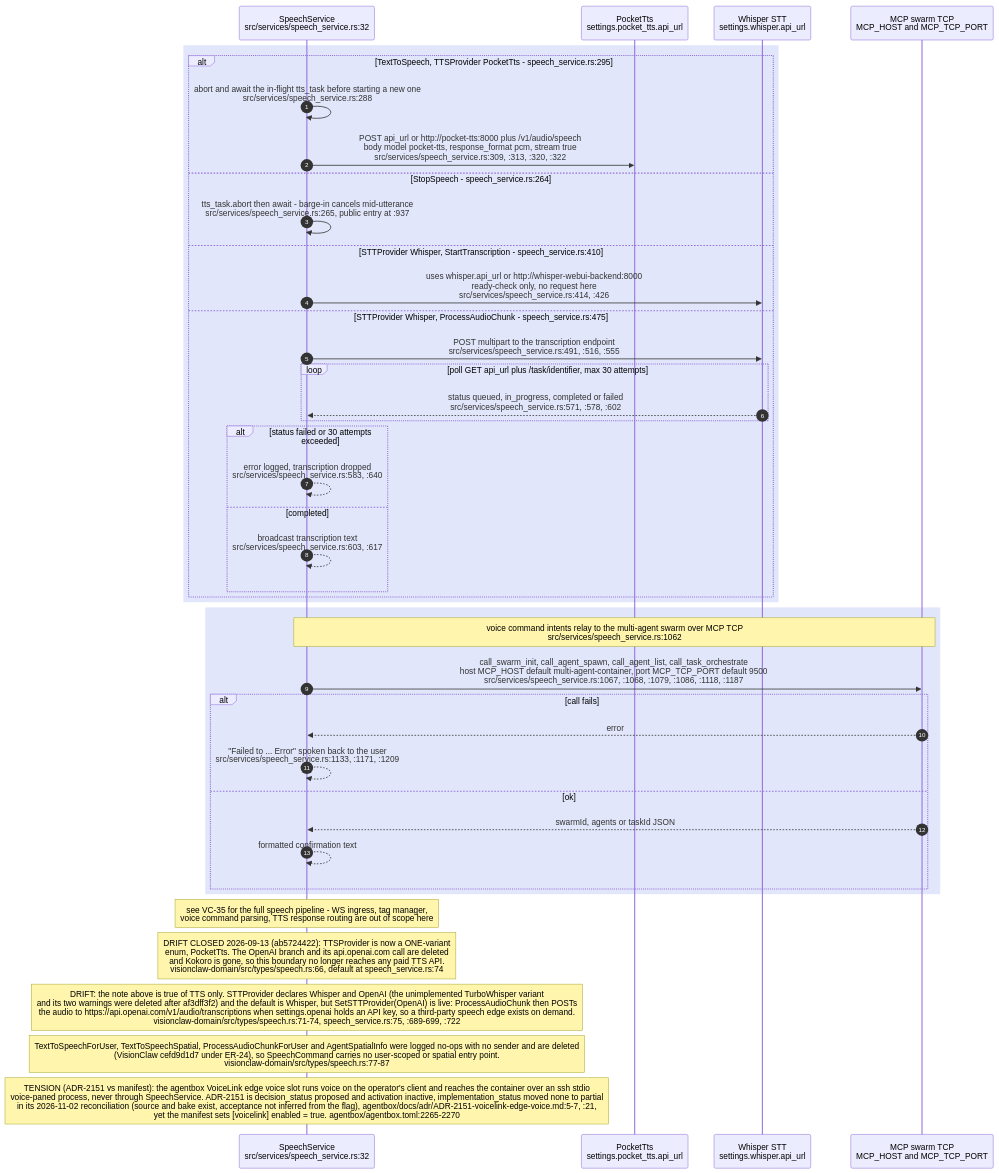
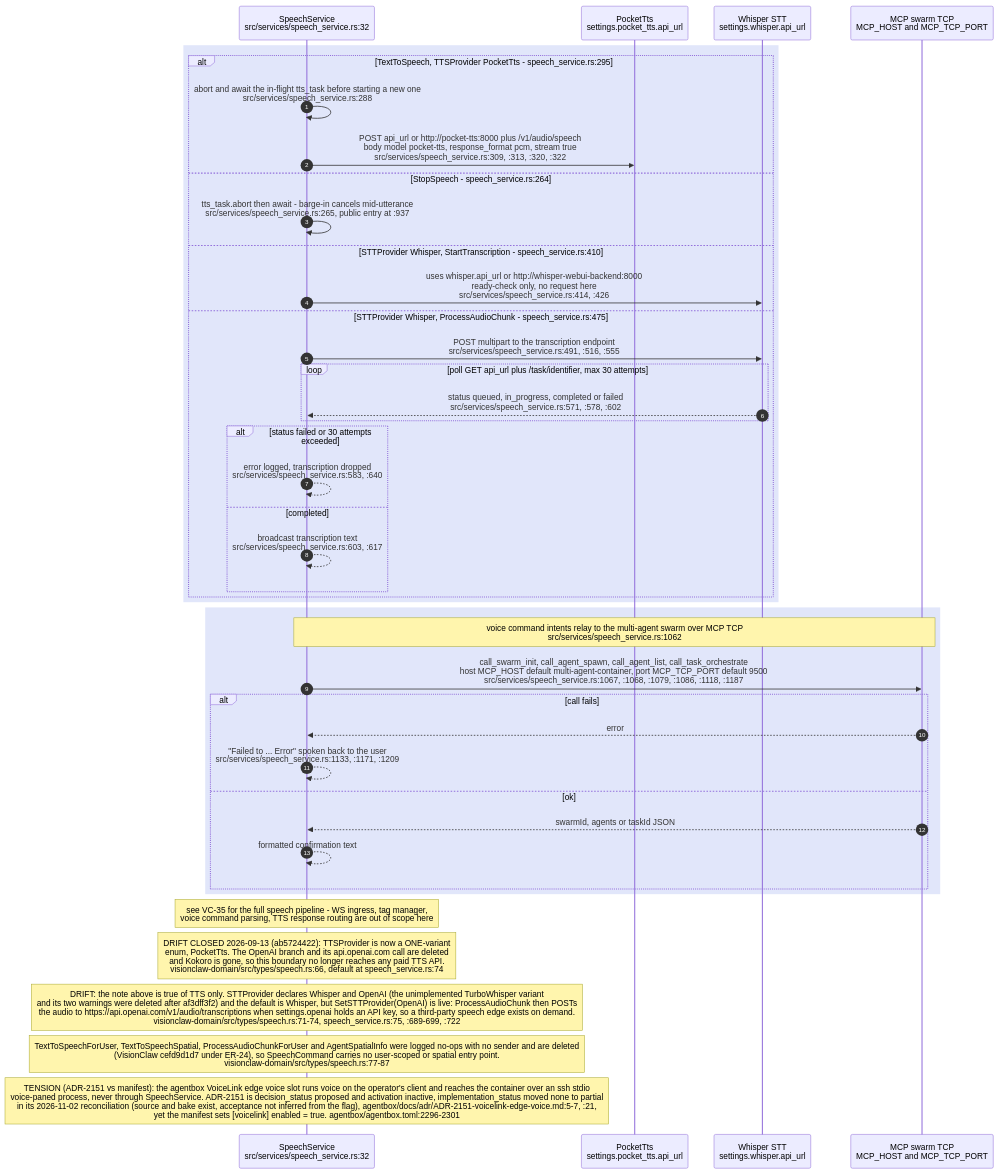
Before and after one commit to DreamLab-AI/VisionFlow: the seventh of 8 diagrams in docs/diagrams/visionclaw/28-external-services.md, drawn with Mermaid. The commit also changed other lines of this file and 17 other files, not shown here.

````diff
--- a/docs/diagrams/visionclaw/28-external-services.md
+++ b/docs/diagrams/visionclaw/28-external-services.md
@@ -347,47 +347,47 @@
 ```mermaid
 sequenceDiagram
     autonumber
     participant SS as SpeechService<br/>src/services/speech_service.rs:32
     participant PT as PocketTts<br/>settings.pocket_tts.api_url
     participant WHI as Whisper STT<br/>settings.whisper.api_url
     participant MCP as MCP swarm TCP<br/>MCP_HOST and MCP_TCP_PORT
 
     rect rgb(225,230,250)
     alt TextToSpeech, TTSProvider PocketTts - speech_service.rs:295
         SS->>SS: abort and await the in-flight tts_task before starting a new one<br/>src/services/speech_service.rs:288
         SS->>PT: POST api_url or http://pocket-tts:8000 plus /v1/audio/speech<br/>body model pocket-tts, response_format pcm, stream true<br/>src/services/speech_service.rs:309, :313, :320, :322
     else StopSpeech - speech_service.rs:264
         SS->>SS: tts_task.abort then await - barge-in cancels mid-utterance<br/>src/services/speech_service.rs:265, public entry at :937
     else STTProvider Whisper, StartTranscription - speech_service.rs:410
         SS->>WHI: uses whisper.api_url or http://whisper-webui-backend:8000<br/>ready-check only, no request here<br/>src/services/speech_service.rs:414, :426
     else STTProvider Whisper, ProcessAudioChunk - speech_service.rs:475
         SS->>WHI: POST multipart to the transcription endpoint<br/>src/services/speech_service.rs:491, :516, :555
         loop poll GET api_url plus /task/identifier, max 30 attempts
             WHI-->>SS: status queued, in_progress, completed or failed<br/>src/services/speech_service.rs:571, :578, :602
         end
         alt status failed or 30 attempts exceeded
             SS-->>SS: error logged, transcription dropped<br/>src/services/speech_service.rs:583, :640
         else completed
             SS-->>SS: broadcast transcription text<br/>src/services/speech_service.rs:603, :617
         end
     end
     end
 
     rect rgb(225,230,250)
     Note over SS,MCP: voice command intents relay to the multi-agent swarm over MCP TCP<br/>src/services/speech_service.rs:1062
     SS->>MCP: call_swarm_init, call_agent_spawn, call_agent_list, call_task_orchestrate<br/>host MCP_HOST default multi-agent-container, port MCP_TCP_PORT default 9500<br/>src/services/speech_service.rs:1067, :1068, :1079, :1086, :1118, :1187
     alt call fails
         MCP-->>SS: error
         SS-->>SS: "Failed to ... Error" spoken back to the user<br/>src/services/speech_service.rs:1133, :1171, :1209
     else ok
         MCP-->>SS: swarmId, agents or taskId JSON
         SS-->>SS: formatted confirmation text
     end
     end
 
     Note over SS: see VC-35 for the full speech pipeline - WS ingress, tag manager,<br/>voice command parsing, TTS response routing are out of scope here
     Note over SS: DRIFT CLOSED 2026-09-13 (ab5724422): TTSProvider is now a ONE-variant<br/>enum, PocketTts. The OpenAI branch and its api.openai.com call are deleted<br/>and Kokoro is gone, so this boundary no longer reaches any paid TTS API.<br/>visionclaw-domain/src/types/speech.rs:66, default at speech_service.rs:74
     Note over SS: DRIFT: the note above is true of TTS only. STTProvider declares Whisper and OpenAI (the unimplemented TurboWhisper variant<br/>and its two warnings were deleted after af3dff3f2) and the default is Whisper, but SetSTTProvider(OpenAI) is live: ProcessAudioChunk then POSTs<br/>the audio to https://api.openai.com/v1/audio/transcriptions when settings.openai holds an API key, so a third-party speech edge exists on demand.<br/>visionclaw-domain/src/types/speech.rs:71-74, speech_service.rs:75, :689-699, :722
     Note over SS: TextToSpeechForUser, TextToSpeechSpatial, ProcessAudioChunkForUser and AgentSpatialInfo were logged no-ops with no sender and are deleted<br/>(VisionClaw cefd9d1d7 under ER-24), so SpeechCommand carries no user-scoped or spatial entry point.<br/>visionclaw-domain/src/types/speech.rs:77-87
-    Note over SS: TENSION (ADR-2151 vs manifest): the agentbox VoiceLink edge voice slot runs voice on the operator's client and reaches the container over an ssh stdio<br/>voice-paned process, never through SpeechService. ADR-2151 is decision_status proposed and activation inactive, implementation_status moved none to partial<br/>in its 2026-11-02 reconciliation (source and bake exist, acceptance not inferred from the flag), agentbox/docs/adr/ADR-2151-voicelink-edge-voice.md:5-7, :21,<br/>yet the manifest sets [voicelink] enabled = true. agentbox/agentbox.toml:2265-2270
+    Note over SS: TENSION (ADR-2151 vs manifest): the agentbox VoiceLink edge voice slot runs voice on the operator's client and reaches the container over an ssh stdio<br/>voice-paned process, never through SpeechService. ADR-2151 is decision_status proposed and activation inactive, implementation_status moved none to partial<br/>in its 2026-11-02 reconciliation (source and bake exist, acceptance not inferred from the flag), agentbox/docs/adr/ADR-2151-voicelink-edge-voice.md:5-7, :21,<br/>yet the manifest sets [voicelink] enabled = true. agentbox/agentbox.toml:2296-2301
 ```
````
